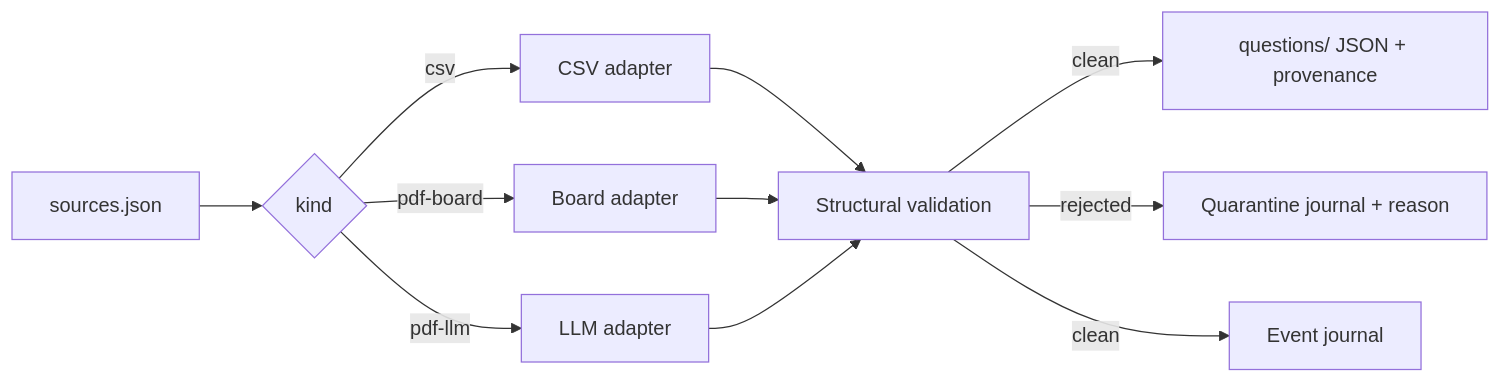
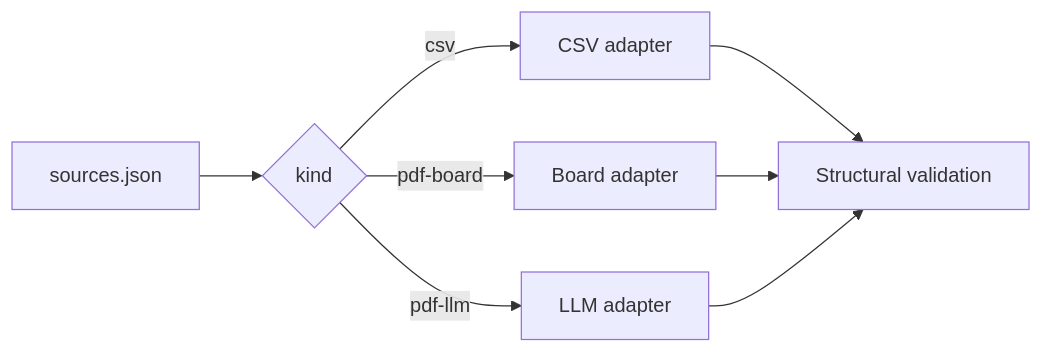
One commit to marcosconci1/question-bank changed the first of 4 diagrams in wiki/Architecture.md. Above: the diagram before and after it, drawn with Mermaid. The commit also changed other lines of this file, not shown here.

Commit message:
docs: expand the Architecture page with per-stage diagrams

````diff
--- a/wiki/Architecture.md
+++ b/wiki/Architecture.md
@@ -3,13 +14,11 @@
 ```mermaid
 graph LR
   M[sources.json] --> K{kind}
   K -->|csv| C[CSV adapter]
   K -->|pdf-board| B[Board adapter]
   K -->|pdf-llm| L[LLM adapter]
-  C --> V[Structural validation]
+  C --> V
   B --> V
   L --> V
-  V -->|clean| Q[questions/ JSON + provenance]
-  V -->|rejected| R[Quarantine journal + reason]
-  V -->|clean| J[Event journal]
+  V[Structural validation]
 ```
````
